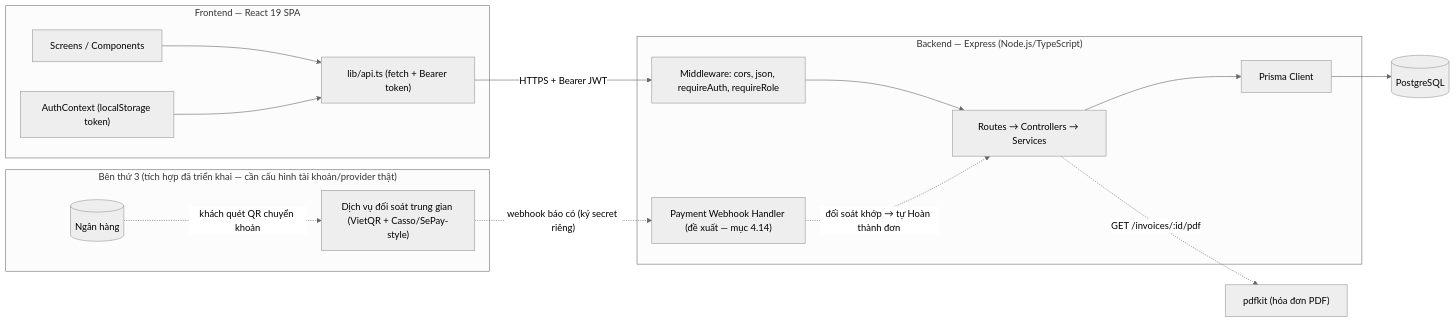
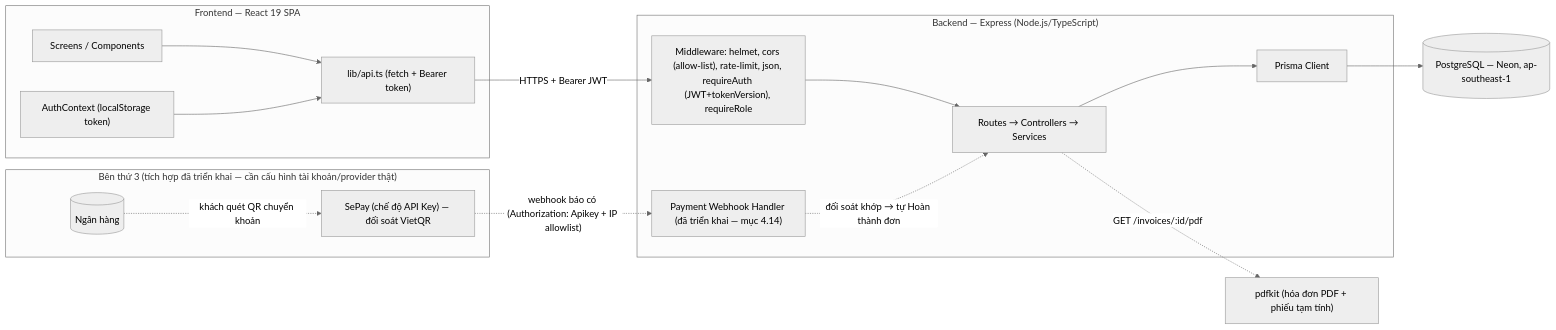
Before and after one commit to HuyLemm/HDHToys: the first of 8 diagrams in SDS.md, drawn with Mermaid (neutral theme). The commit also changed other lines of this file and 2 other files, not shown here.

First line of the commit message:
Update SRS/SDS to match current system; simplify invoice PDF layout

````diff
--- a/SDS.md
+++ b/SDS.md
@@ -19,35 +19,35 @@
 ```mermaid
 flowchart LR
     subgraph Client["Frontend — React 19 SPA"]
         UI[Screens / Components]
         APIClient["lib/api.ts (fetch + Bearer token)"]
         AuthCtx["AuthContext (localStorage token)"]
     end
 
     subgraph Server["Backend — Express (Node.js/TypeScript)"]
-        MW["Middleware: cors, json, requireAuth, requireRole"]
+        MW["Middleware: helmet, cors (allow-list), rate-limit, json, requireAuth (JWT+tokenVersion), requireRole"]
         Routes["Routes → Controllers → Services"]
         Prisma["Prisma Client"]
-        Webhook["Payment Webhook Handler (đề xuất — mục 4.14)"]
+        Webhook["Payment Webhook Handler (đã triển khai — mục 4.14)"]
     end
 
-    DB[("PostgreSQL")]
-    PDF["pdfkit (hóa đơn PDF)"]
+    DB[("PostgreSQL — Neon, ap-southeast-1")]
+    PDF["pdfkit (hóa đơn PDF + phiếu tạm tính)"]
 
     subgraph Ext["Bên thứ 3 (tích hợp đã triển khai — cần cấu hình tài khoản/provider thật)"]
         Bank[("Ngân hàng")]
-        Recon["Dịch vụ đối soát trung gian (VietQR + Casso/SePay-style)"]
+        Recon["SePay (chế độ API Key) — đối soát VietQR"]
     end
 
     UI --> APIClient
     AuthCtx --> APIClient
     APIClient -- "HTTPS + Bearer JWT" --> MW
     MW --> Routes
     Routes --> Prisma
     Prisma --> DB
     Routes -. "GET /invoices/:id/pdf" .-> PDF
 
     Bank -. "khách quét QR chuyển khoản" .-> Recon
-    Recon -. "webhook báo có (ký secret riêng)" .-> Webhook
+    Recon -. "webhook báo có (Authorization: Apikey + IP allowlist)" .-> Webhook
     Webhook -. "đối soát khớp → tự Hoàn thành đơn" .-> Routes
 ```
````
